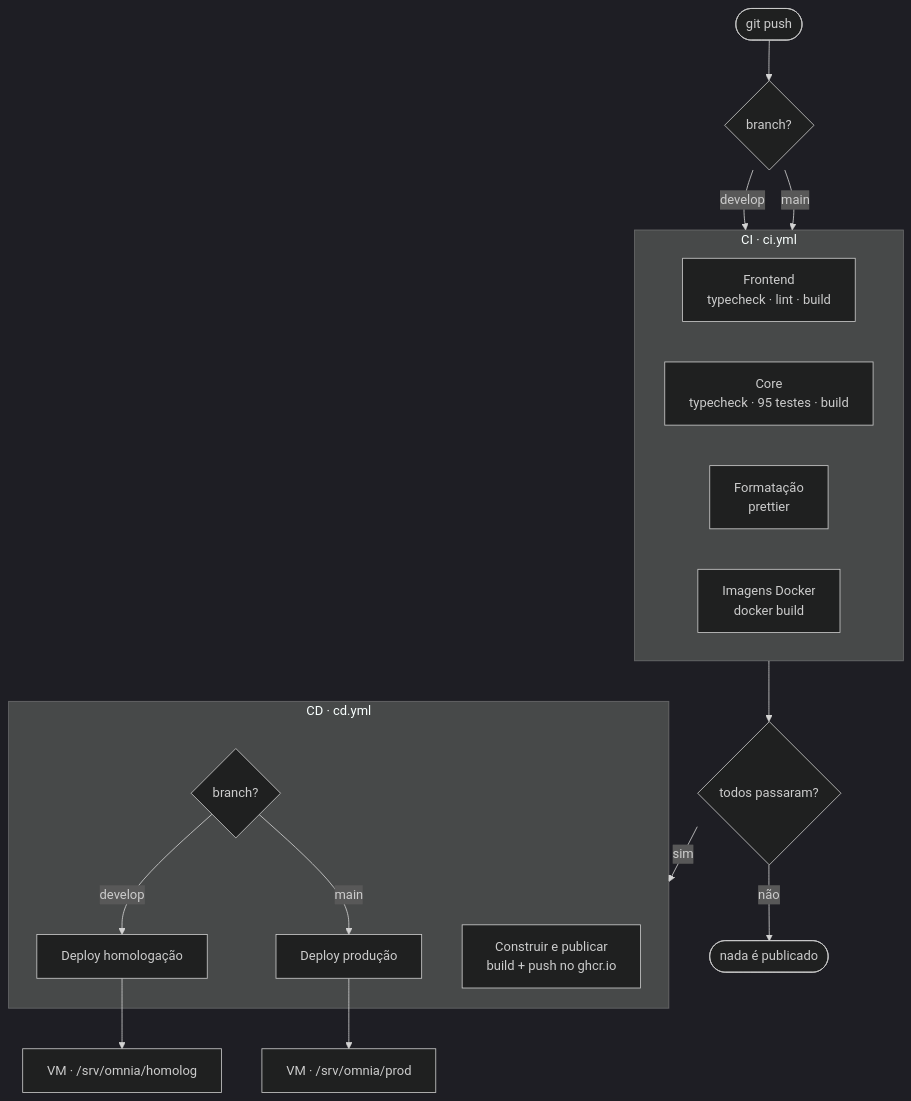
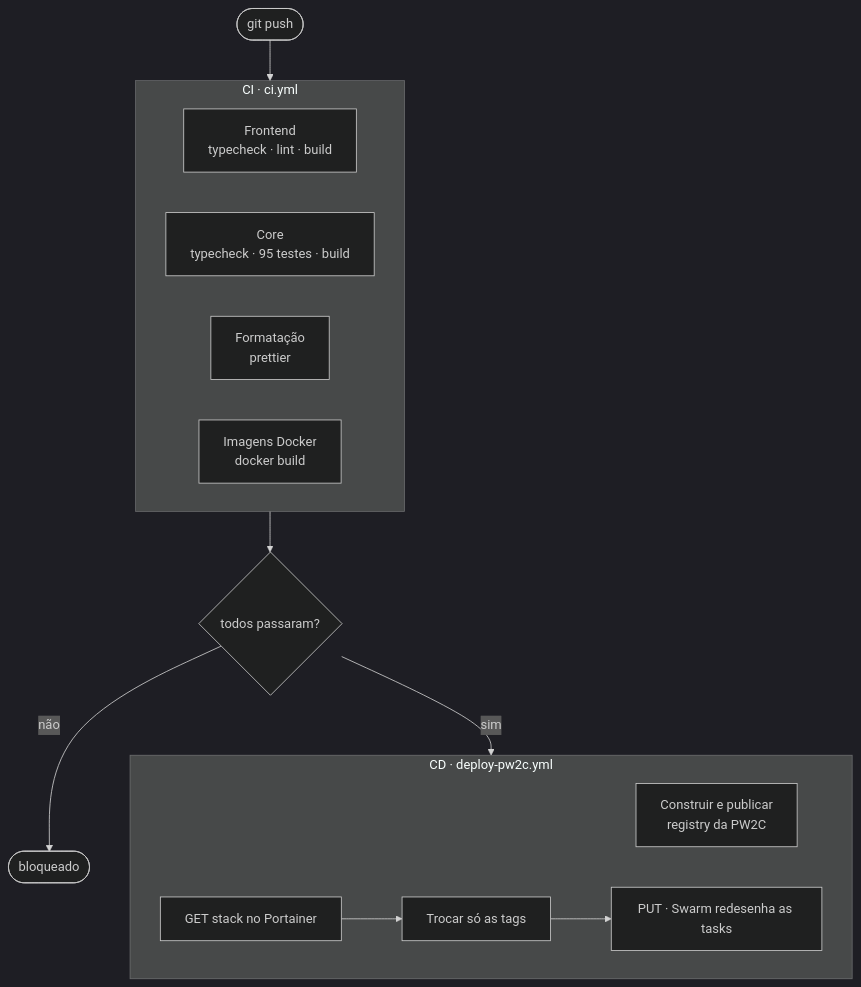
One commit to healthdevio/projeto-itia-dois changed the first of 3 diagrams in docs/ci_cd/visao-geral.md. Above: the diagram before and after it, drawn with Mermaid (dark theme). The commit also changed other lines of this file and 10 other files, not shown here.

````diff
--- a/docs/ci_cd/visao-geral.md
+++ b/docs/ci_cd/visao-geral.md
@@ -5,30 +5,24 @@
 ```mermaid
 flowchart TD
-    P([git push]) --> B{branch?}
-
-    B -->|develop| CI
-    B -->|main| CI
+    P([git push]) --> CI
 
     subgraph CI [CI · ci.yml]
         direction LR
         CI1[Frontend<br/>typecheck · lint · build]
         CI2[Core<br/>typecheck · 95 testes · build]
         CI3[Formatação<br/>prettier]
         CI4[Imagens Docker<br/>docker build]
     end
 
     CI --> D{todos passaram?}
+    D -->|não| PARA([bloqueado])
 
-    D -->|não| PARA([nada é publicado])
     D -->|sim| CD
 
-    subgraph CD [CD · cd.yml]
-        CD1[Construir e publicar<br/>build + push no ghcr.io]
-        CD2{branch?}
-        CD2 -->|develop| HOM[Deploy homologação]
-        CD2 -->|main| PROD[Deploy produção]
+    subgraph CD [CD · deploy-pw2c.yml]
+        CD1[Construir e publicar<br/>registry da PW2C]
+        CD2[GET stack no Portainer]
+        CD2 --> CD3[Trocar só as tags]
+        CD3 --> CD4[PUT · Swarm redesenha as tasks]
     end
-
-    HOM --> VMH[VM · /srv/omnia/homolog]
-    PROD --> VMP[VM · /srv/omnia/prod]
 ```
````
